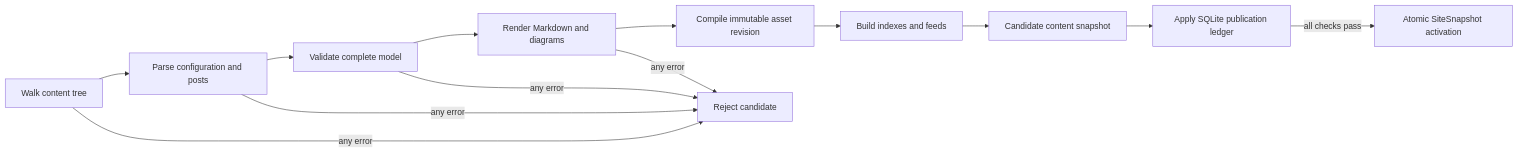
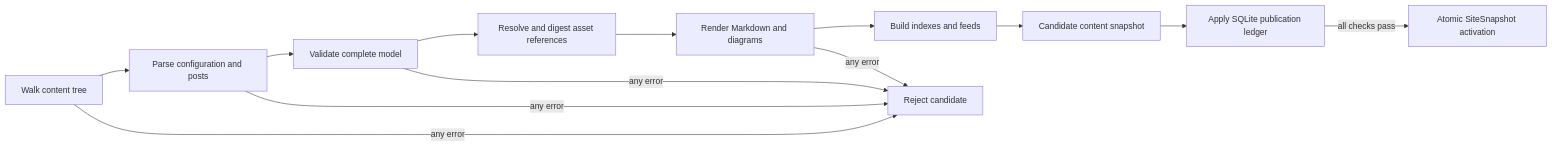
One commit to tee8z/maincopy changed the second of 6 diagrams in DESIGN.md. Above: the diagram before and after it, drawn with Mermaid. The commit also changed other lines of this file and 9 other files, not shown here.

Commit message:
feat(content): resolve local and CDN assets

````diff
--- a/DESIGN.md
+++ b/DESIGN.md
@@ -603,15 +609,15 @@
 ```mermaid
 flowchart LR
     Walk[Walk content tree] --> Parse[Parse configuration and posts]
     Parse --> Validate[Validate complete model]
-    Validate --> Render[Render Markdown and diagrams]
-    Render --> Assets[Compile immutable asset revision]
-    Assets --> Index[Build indexes and feeds]
+    Validate --> Assets[Resolve and digest asset references]
+    Assets --> Render[Render Markdown and diagrams]
+    Render --> Index[Build indexes and feeds]
     Index --> Candidate[Candidate content snapshot]
     Candidate --> Published[Apply SQLite publication ledger]
     Published -->|all checks pass| Activate[Atomic SiteSnapshot activation]
     Walk -->|any error| Reject[Reject candidate]
     Parse -->|any error| Reject
     Validate -->|any error| Reject
     Render -->|any error| Reject
 ```
````
